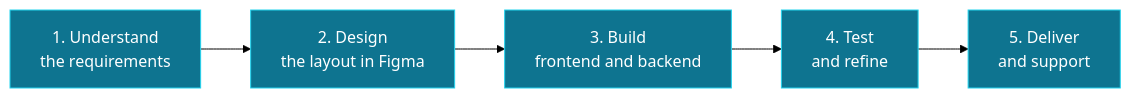
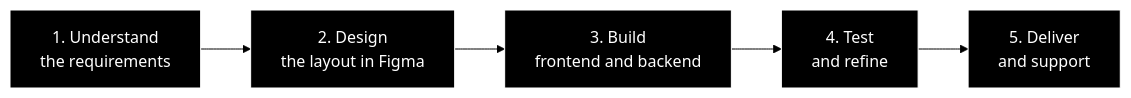
Before and after one commit to shoaibmhr/shoaibmhr: the first of 2 diagrams in README.md, drawn with Mermaid (forest theme). The commit also changed other lines of this file, not shown here.

````diff
--- a/README.md
+++ b/README.md
@@ -679,13 +615,13 @@
 ```mermaid
 flowchart LR
     A["1. Understand<br/>the requirements"] --> B["2. Design<br/>the layout in Figma"]
     B --> C["3. Build<br/>frontend and backend"]
     C --> D["4. Test<br/>and refine"]
     D --> E["5. Deliver<br/>and support"]
 
-    style A fill:#0E7490,stroke:#22D3EE,color:#fff
-    style B fill:#0E7490,stroke:#22D3EE,color:#fff
-    style C fill:#0E7490,stroke:#22D3EE,color:#fff
-    style D fill:#0E7490,stroke:#22D3EE,color:#fff
-    style E fill:#0E7490,stroke:#22D3EE,color:#fff
+    style A fill:#000000,stroke:#ffffff,color:#fff
+    style B fill:#000000,stroke:#ffffff,color:#fff
+    style C fill:#000000,stroke:#ffffff,color:#fff
+    style D fill:#000000,stroke:#ffffff,color:#fff
+    style E fill:#000000,stroke:#ffffff,color:#fff
 ```
````
